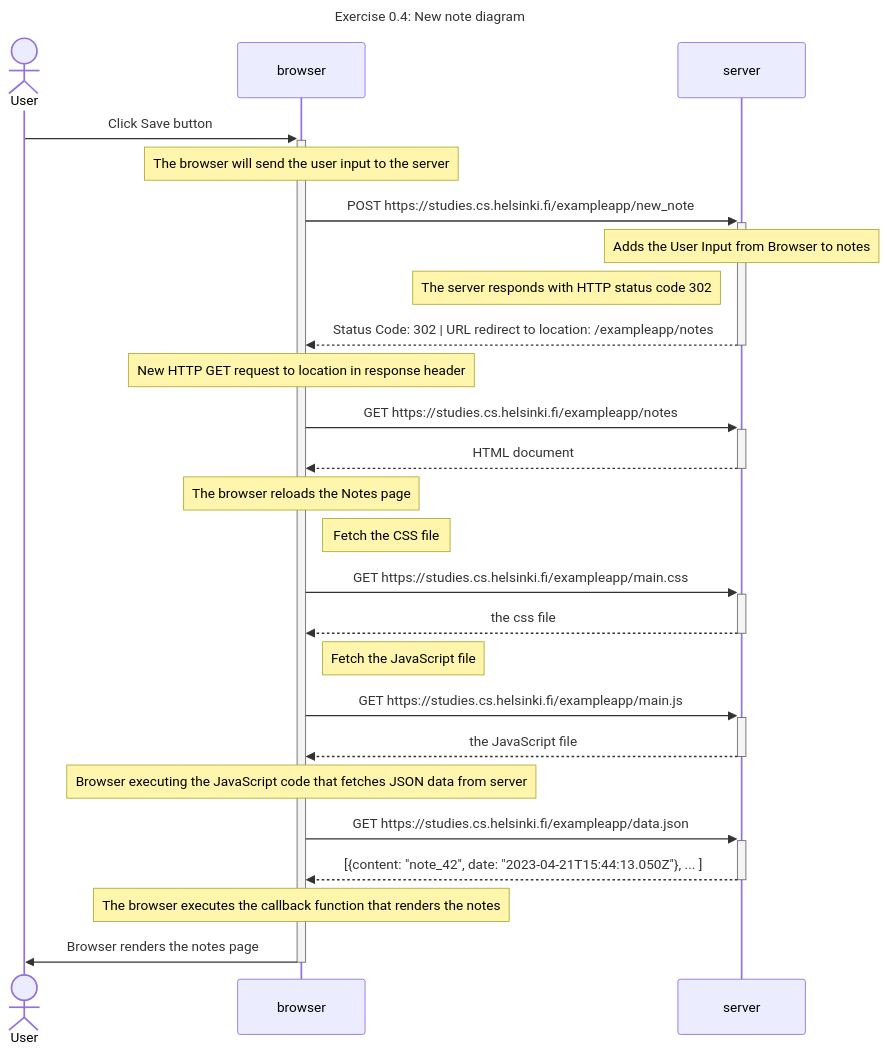
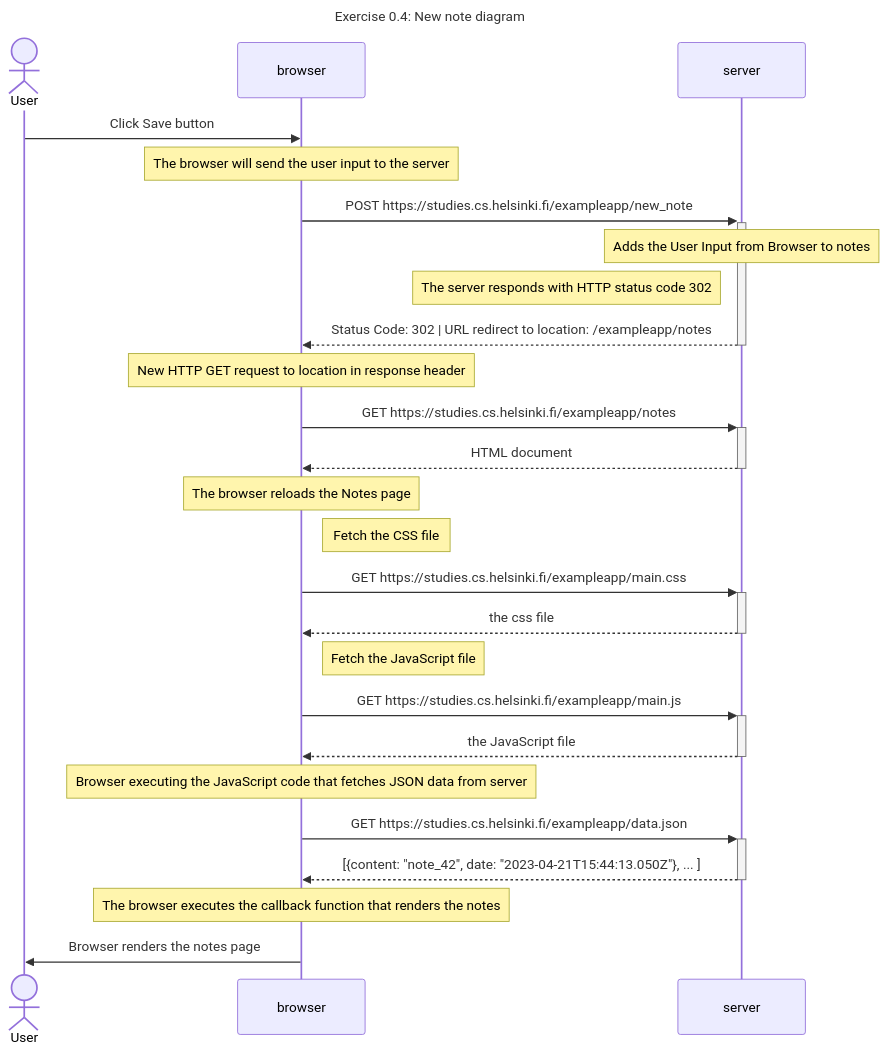
One commit to azriel-stephen/fullstack-open changed the diagram in part0/0.4_NewNoteDiagram.md. Above: the diagram before and after it, drawn with Mermaid.

Commit message:
0.4 removed browser activation

````diff
--- a/part0/0.4_NewNoteDiagram.md
+++ b/part0/0.4_NewNoteDiagram.md
@@ -1,33 +1,33 @@
 ```mermaid
 sequenceDiagram
     title: Exercise 0.4: New note diagram
     actor User
     participant browser
-    User ->>+ browser: Click Save button
+    User ->> browser: Click Save button
 
     note over browser:  The browser will send the user input to the server
     browser->>+server: POST https://studies.cs.helsinki.fi/exampleapp/new_note
     note over server: Adds the User Input from Browser to notes
     note left of server: The server responds with HTTP status code 302
     server-->>-browser: Status Code: 302 | URL redirect to location: /exampleapp/notes
 
     note over browser: New HTTP GET request to location in response header
     browser->>+server: GET https://studies.cs.helsinki.fi/exampleapp/notes
     server-->>-browser: HTML document
 
     note over browser: The browser reloads the Notes page 
     note right of browser: Fetch the CSS file
     browser->>+server: GET https://studies.cs.helsinki.fi/exampleapp/main.css
     server-->>-browser: the css file
 
     note right of browser: Fetch the JavaScript file
     browser->>+server: GET https://studies.cs.helsinki.fi/exampleapp/main.js
     server-->>-browser: the JavaScript file
 
     Note over browser: Browser executing the JavaScript code that fetches JSON data from server
     browser->>+server: GET https://studies.cs.helsinki.fi/exampleapp/data.json
     server-->>-browser: [{content: "note_42", date: "2023-04-21T15:44:13.050Z"}, ... ]
 
     Note over browser: The browser executes the callback function that renders the notes
-    browser->>- User: Browser renders the notes page
+    browser->> User: Browser renders the notes page
 ```
````
